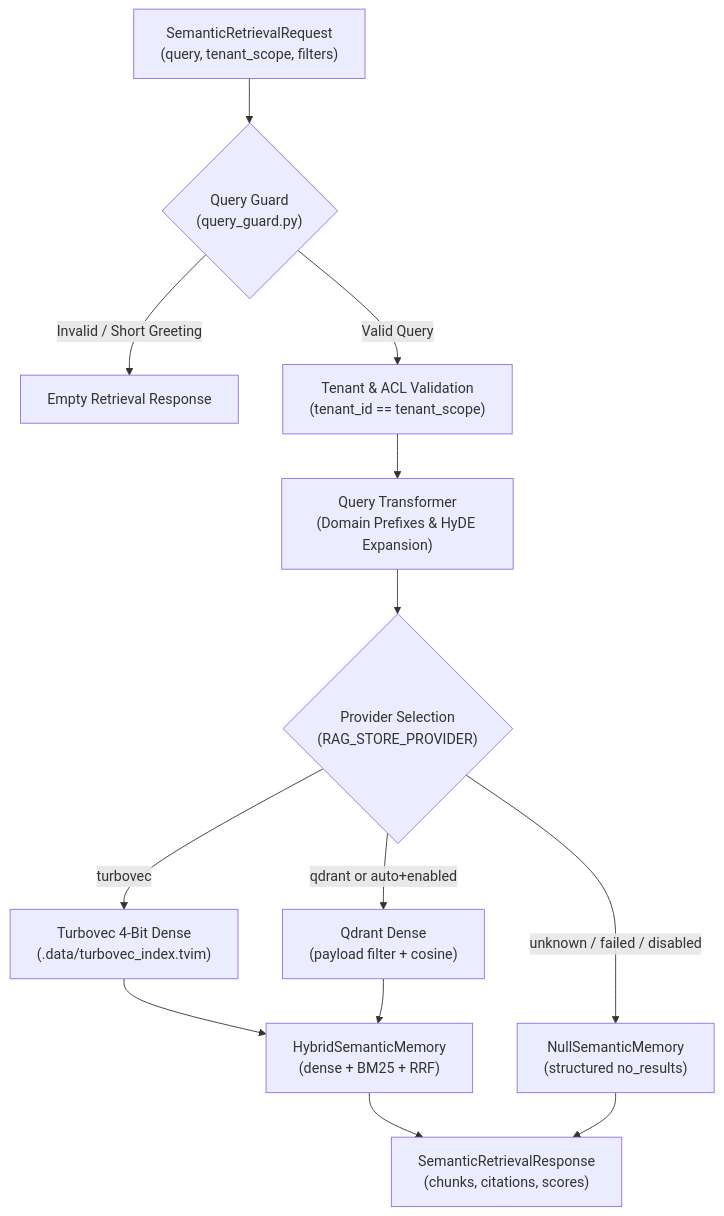
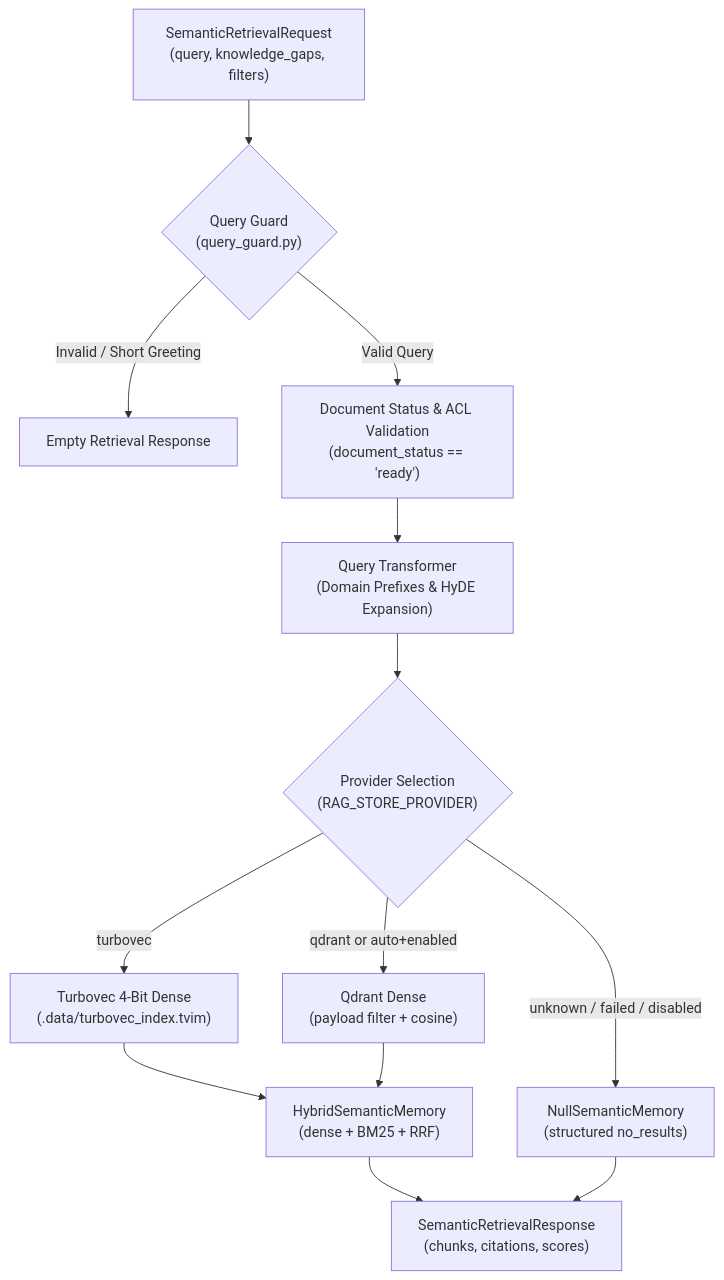
Before and after one commit to MathematicGuy/EMAIL-AGENT-v1: the second of 2 diagrams in docs/architectures/current-architectures/05-rag-architecture.md, drawn with Mermaid. The commit also changed other lines of this file and 39 other files, not shown here.

Commit message:
docs(architecture): sync current-architectures for single-tenant MVP and clean up stale context

````diff
--- a/docs/architectures/current-architectures/05-rag-architecture.md
+++ b/docs/architectures/current-architectures/05-rag-architecture.md
@@ -51,19 +51,19 @@
 ```mermaid
 flowchart TB
-    REQ["SemanticRetrievalRequest<br/>(query, tenant_scope, filters)"] --> GUARD{"Query Guard<br/>(query_guard.py)"}
+    REQ["SemanticRetrievalRequest<br/>(query, knowledge_gaps, filters)"] --> GUARD{"Query Guard<br/>(query_guard.py)"}
     
     GUARD -->|Invalid / Short Greeting| NULL_RES["Empty Retrieval Response"]
-    GUARD -->|Valid Query| ACL["Tenant & ACL Validation<br/>(tenant_id == tenant_scope)"]
+    GUARD -->|Valid Query| STATUS_CHECK["Document Status & ACL Validation<br/>(document_status == 'ready')"]
     
-    ACL --> TRANSFORM["Query Transformer<br/>(Domain Prefixes & HyDE Expansion)"]
+    STATUS_CHECK --> TRANSFORM["Query Transformer<br/>(Domain Prefixes & HyDE Expansion)"]
     TRANSFORM --> LADDER{"Provider Selection<br/>(RAG_STORE_PROVIDER)"}
 
     LADDER -->|turbovec| TURBO["Turbovec 4-Bit Dense<br/>(.data/turbovec_index.tvim)"]
     LADDER -->|qdrant or auto+enabled| QDRANT["Qdrant Dense<br/>(payload filter + cosine)"]
     LADDER -->|unknown / failed / disabled| NULL_MEM["NullSemanticMemory<br/>(structured no_results)"]
 
     TURBO --> HYBRID["HybridSemanticMemory<br/>(dense + BM25 + RRF)"]
     QDRANT --> HYBRID
     HYBRID --> RESP["SemanticRetrievalResponse<br/>(chunks, citations, scores)"]
     NULL_MEM --> RESP
 ```
````
